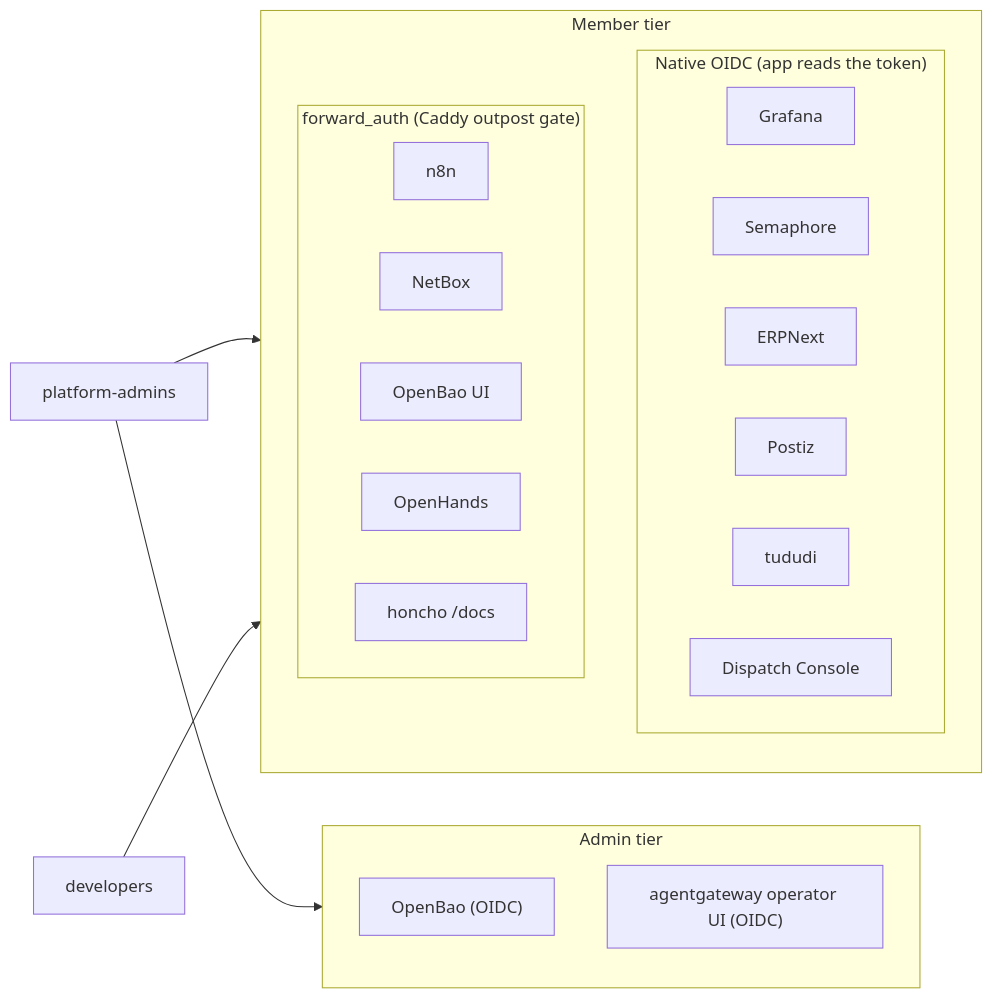
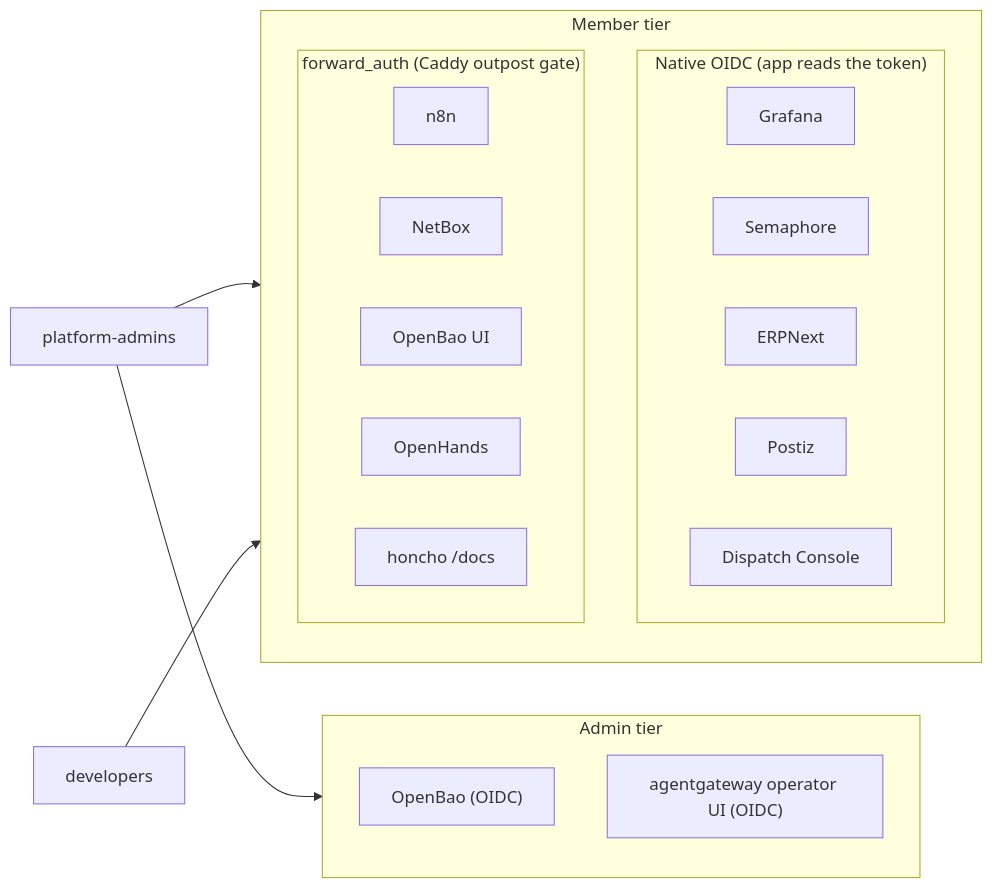
Before and after one commit to uhstray-io/agent-cloud: the second of 10 diagrams in plan/architecture/service-architecture.md, drawn with Mermaid. The commit also changed other lines of this file and 14 other files, not shown here.

````diff
--- a/plan/architecture/service-architecture.md
+++ b/plan/architecture/service-architecture.md
@@ -181,27 +179,26 @@
 ```mermaid
 flowchart LR
     ADMINS["platform-admins"] --> MEMBER
     DEVS["developers"] --> MEMBER
     ADMINS --> ADMIN
     subgraph MEMBER["Member tier"]
         subgraph OIDC_M["Native OIDC (app reads the token)"]
             M1["Grafana"]
             M2["Semaphore"]
             M3["ERPNext"]
             M4["Postiz"]
-            M5["tududi"]
             M6["Dispatch Console"]
         end
         subgraph FA_M["forward_auth (Caddy outpost gate)"]
             F1["n8n"]
             F2["NetBox"]
             F3["OpenBao UI"]
             F4["OpenHands"]
             F5["honcho /docs"]
         end
     end
     subgraph ADMIN["Admin tier"]
         A1["OpenBao (OIDC)"]
         A2["agentgateway operator UI (OIDC)"]
     end
 ```
````
